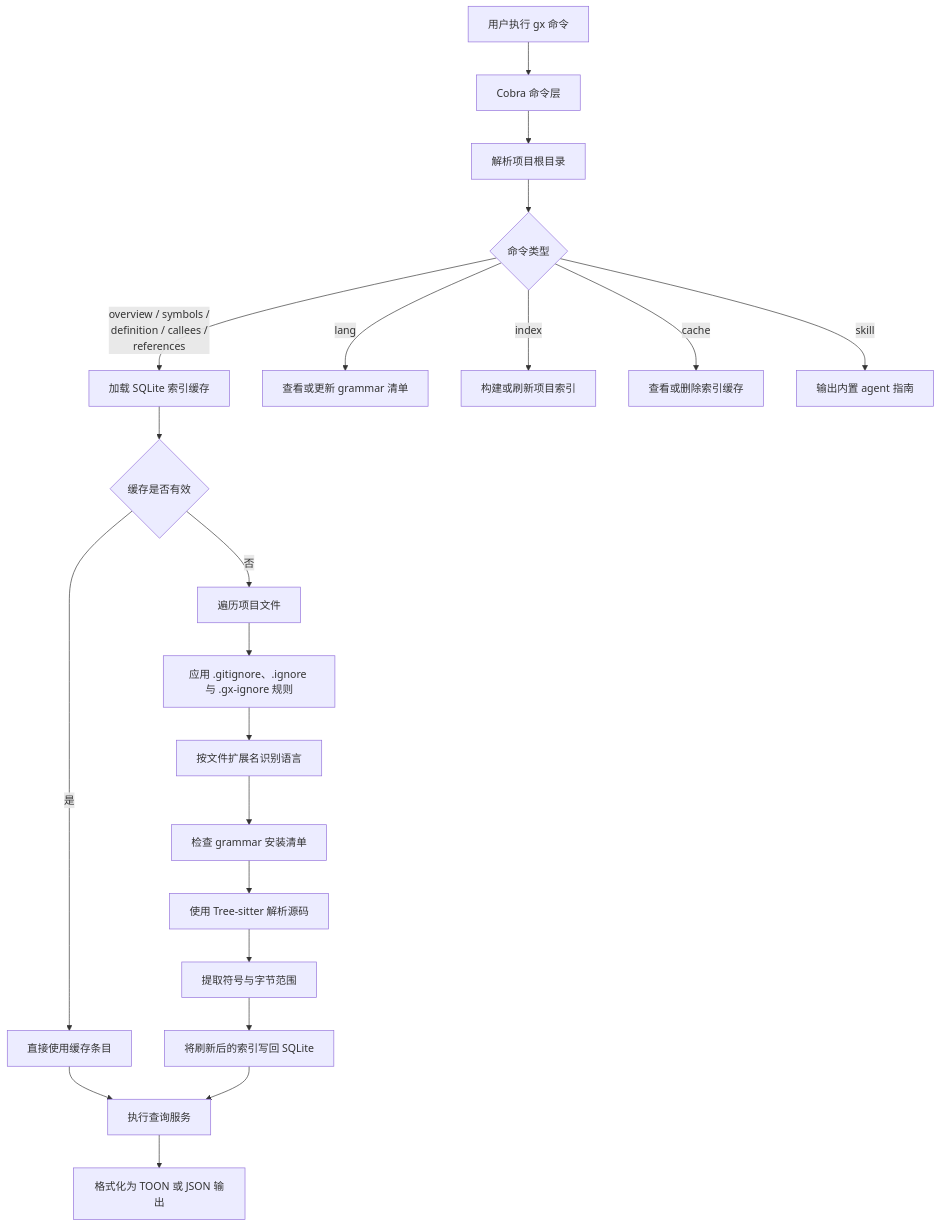
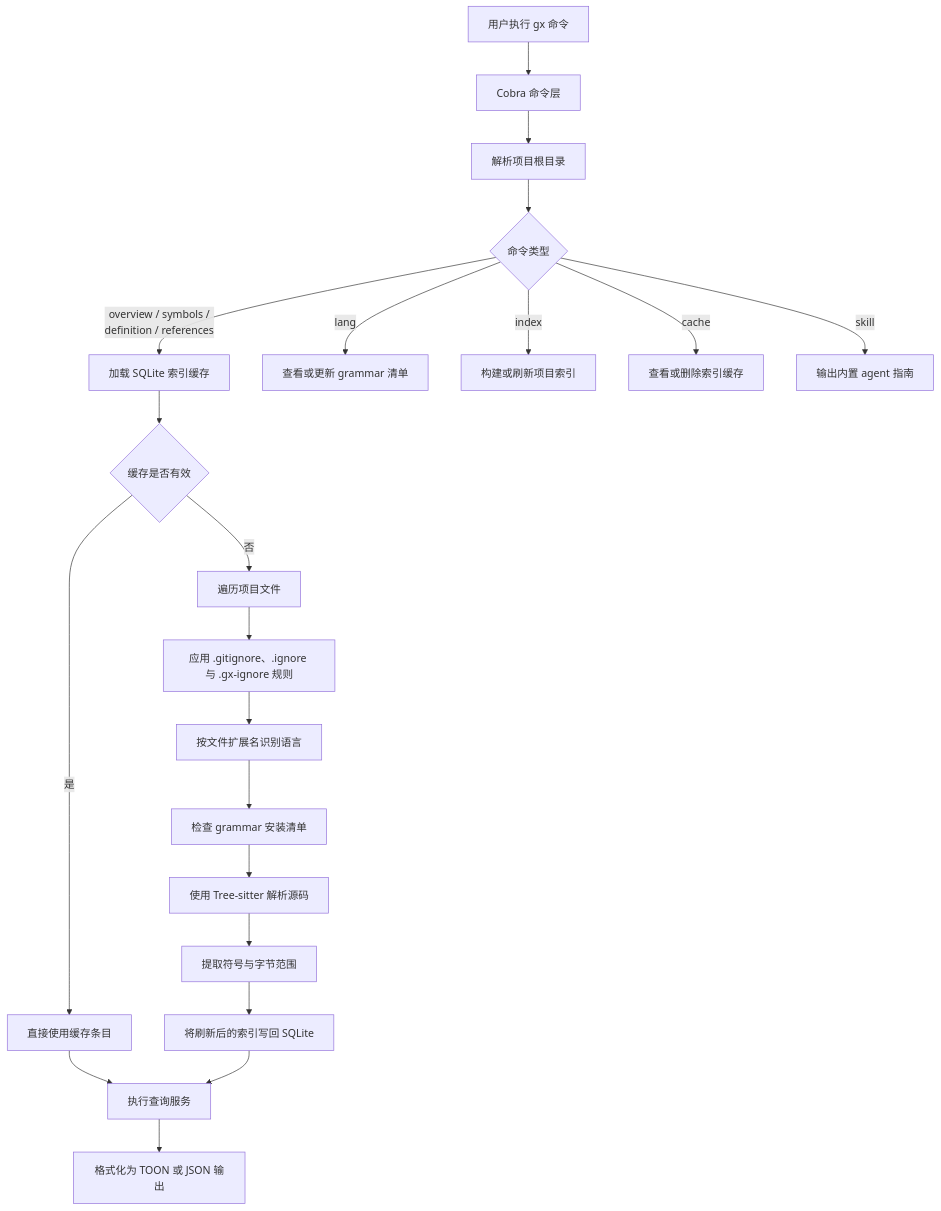
Before and after one commit to XDwanj/gx: the diagram in README.zh-CN.md, drawn with Mermaid. The commit also changed other lines of this file and 526 other files, not shown here.

````diff
--- a/README.zh-CN.md
+++ b/README.zh-CN.md
@@ -336,25 +315,25 @@
 ```mermaid
 flowchart TD
     A[用户执行 gx 命令] --> B[Cobra 命令层]
     B --> C[解析项目根目录]
     C --> D{命令类型}
 
-    D -->|overview / symbols /\ndefinition / callees /\nreferences| E[加载 SQLite 索引缓存]
+    D -->|overview / symbols /\ndefinition / references| E[加载 SQLite 索引缓存]
     E --> F{缓存是否有效}
     F -->|是| G[直接使用缓存条目]
     F -->|否| H[遍历项目文件]
     H --> I[应用 .gitignore、.ignore 与 .gx-ignore 规则]
     I --> J[按文件扩展名识别语言]
     J --> K[检查 grammar 安装清单]
     K --> L[使用 Tree-sitter 解析源码]
     L --> M[提取符号与字节范围]
     M --> N[将刷新后的索引写回 SQLite]
     G --> O[执行查询服务]
     N --> O
     O --> P[格式化为 TOON 或 JSON 输出]
 
     D -->|lang| Q[查看或更新 grammar 清单]
     D -->|index| R[构建或刷新项目索引]
     D -->|cache| T[查看或删除索引缓存]
     D -->|skill| S[输出内置 agent 指南]
 ```
````
